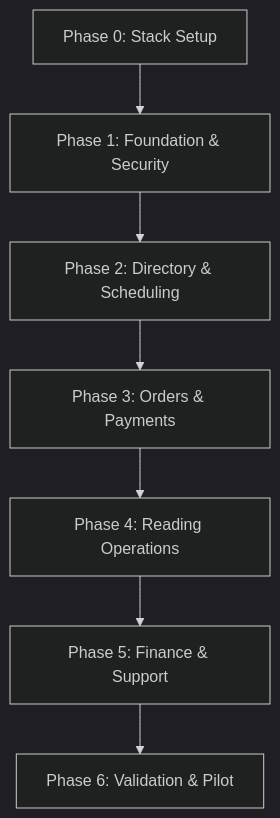
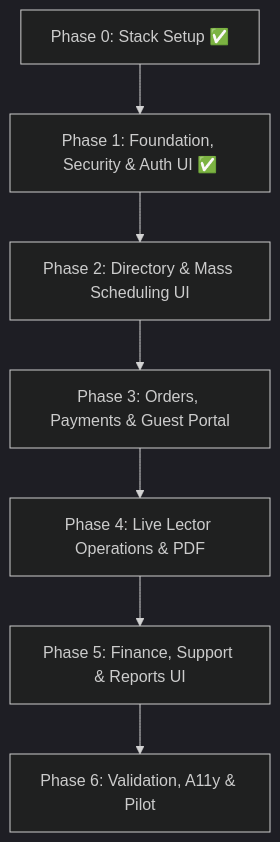
Before and after one commit to taloloys/pabasa-app: the diagram in DEV_PHASE.md, drawn with Mermaid (dark theme). The commit also changed other lines of this file and 79 other files, not shown here.

Commit message:
feat(phase1): implement foundation, security, auth backend, and reverent church UI

````diff
--- a/DEV_PHASE.md
+++ b/DEV_PHASE.md
@@ -11,12 +11,12 @@
 ```mermaid
 flowchart TD
-    P0["Phase 0: Stack Setup"]
-    P1["Phase 1: Foundation & Security"]
-    P2["Phase 2: Directory & Scheduling"]
-    P3["Phase 3: Orders & Payments"]
-    P4["Phase 4: Reading Operations"]
-    P5["Phase 5: Finance & Support"]
-    P6["Phase 6: Validation & Pilot"]
+    P0["Phase 0: Stack Setup ✅"]
+    P1["Phase 1: Foundation, Security & Auth UI ✅"]
+    P2["Phase 2: Directory & Mass Scheduling UI"]
+    P3["Phase 3: Orders, Payments & Guest Portal"]
+    P4["Phase 4: Live Lector Operations & PDF"]
+    P5["Phase 5: Finance, Support & Reports UI"]
+    P6["Phase 6: Validation, A11y & Pilot"]
 
     P0 --> P1 --> P2 --> P3 --> P4 --> P5 --> P6
 ```
````
